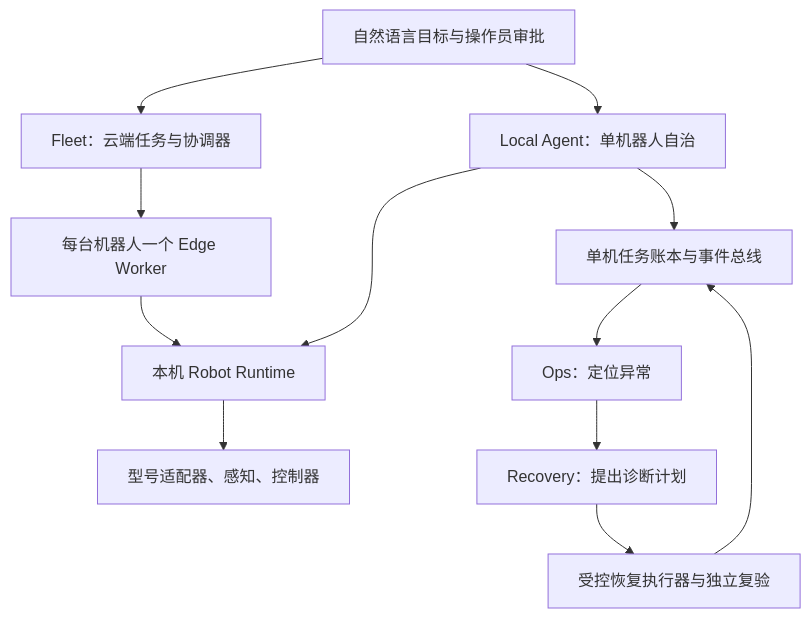
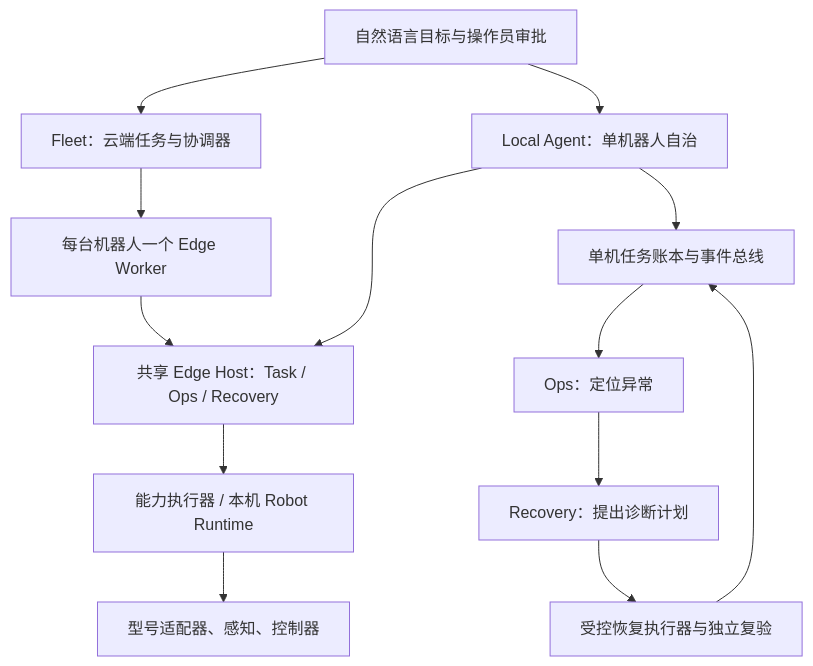
The first of 2 diagrams in docs/architecture/long-horizon-collaboration.md (SUSTechWLA/tangying-robot-agent-os), drawn with Mermaid before and after one commit. The commit also changed other lines of this file and 113 other files, not shown here.

Commit message:
docs: publish architecture-aligned book 2.2.0 and refresh system guides

````diff
--- a/docs/architecture/long-horizon-collaboration.md
+++ b/docs/architecture/long-horizon-collaboration.md
@@ -26,14 +26,15 @@
 ```mermaid
 flowchart TB
   User[自然语言目标与操作员审批] --> Local[Local Agent：单机器人自治]
   User --> Cloud[Fleet：云端任务与协调器]
   Cloud --> Worker[每台机器人一个 Edge Worker]
-  Worker --> Runtime[本机 Robot Runtime]
-  Local --> Runtime
+  Worker --> Host[共享 Edge Host：Task / Ops / Recovery]
+  Local --> Host
+  Host --> Runtime[能力执行器 / 本机 Robot Runtime]
   Runtime --> Backend[型号适配器、感知、控制器]
   Local --> Ledger[单机任务账本与事件总线]
   Ledger --> Ops[Ops：定位异常]
   Ops --> Recovery[Recovery：提出诊断计划]
   Recovery --> Executor[受控恢复执行器与独立复验]
   Executor --> Ledger
 ```
````
